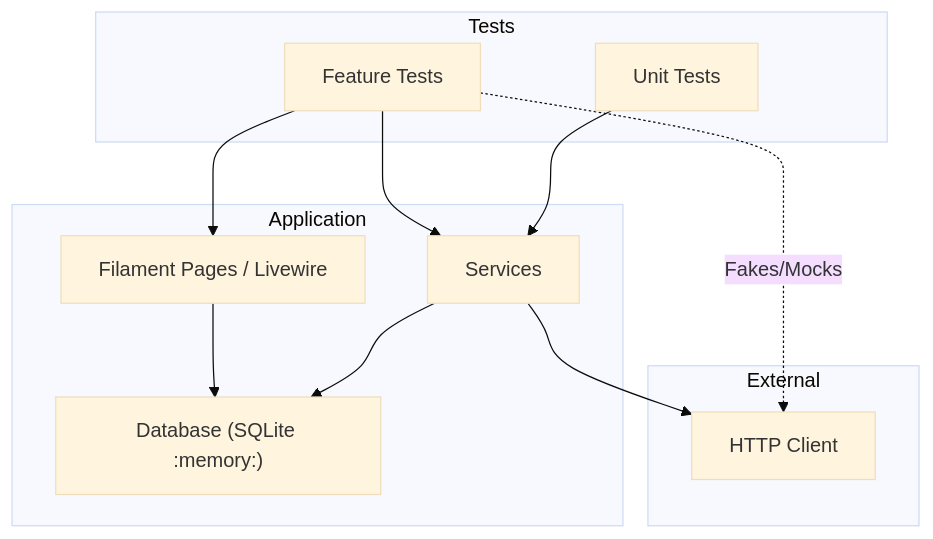
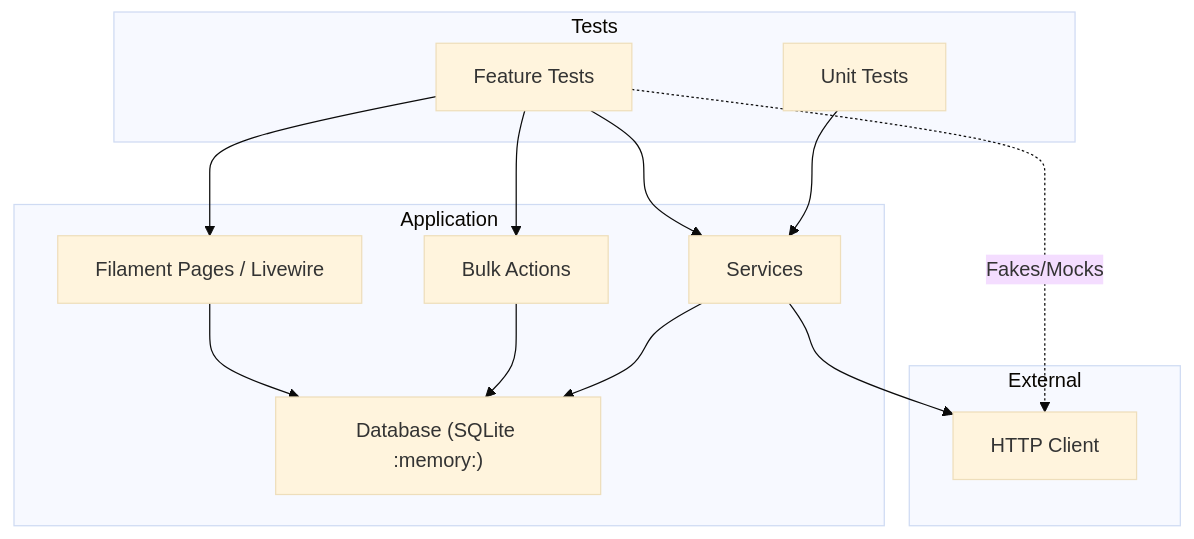
Before and after one commit to Dikksap/laravel_RsvHelmet: the second of 8 diagrams in .qoder/repowiki/en/content/Testing Strategy.md, drawn with Mermaid (base theme). The commit also changed other lines of this file and 25 other files, not shown here.

````diff
--- a/.qoder/repowiki/en/content/Testing Strategy.md
+++ b/.qoder/repowiki/en/content/Testing Strategy.md
@@ -80,22 +92,25 @@
 ```mermaid
 graph TB
 subgraph "Tests"
 FT["Feature Tests"]
 UT["Unit Tests"]
 end
 subgraph "Application"
 UI["Filament Pages / Livewire"]
+BA["Bulk Actions"]
 SVC["Services"]
 DB["Database (SQLite :memory:)"]
 end
 subgraph "External"
 HTTP["HTTP Client"]
 end
 FT --> UI
+FT --> BA
 FT --> SVC
 UT --> SVC
 UI --> DB
+BA --> DB
 SVC --> DB
 SVC --> HTTP
 FT -.->|Fakes/Mocks| HTTP
 ```
````
